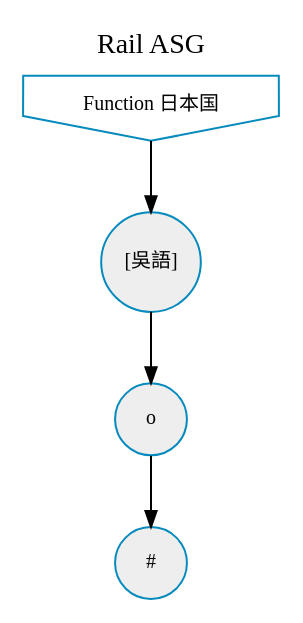
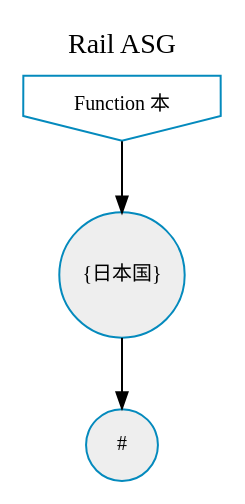
One commit to ccebinger/SWPSoSe14 changed the diagram in projekt-compiler/io/graphviz.dot. Above: the diagram before and after it, drawn with Graphviz. The commit also changed 3 other files, not shown here.

```diff
--- a/projekt-compiler/io/graphviz.dot
+++ b/projekt-compiler/io/graphviz.dot
@@ -1,15 +1,13 @@
 digraph G {
 	node [shape="circle",fontname=Courir,fontsize=10,style=filled,penwidth=1,fillcolor="#EEEEEE",color="#048ABD"]
 	edge [color="#000000", arrowsize="0.8", fontsize=10, decorate=true]
 	labelloc="t";
 	label="Rail ASG";
 	rankdir="TL";
 
-	func日本国 [shape="invhouse",fillcolor="none",label="Function 日本国"]
-	func日本国 -> 1
-	1 [label="[吳語]"]
+	func本 [shape="invhouse",fillcolor="none",label="Function 本"]
+	func本 -> 1
+	1 [label="{日本国}"]
 	1 -> 2
-	2 [label="o"]
-	2 -> 3
-	3 [label="#"]
+	2 [label="#"]
 }
```
